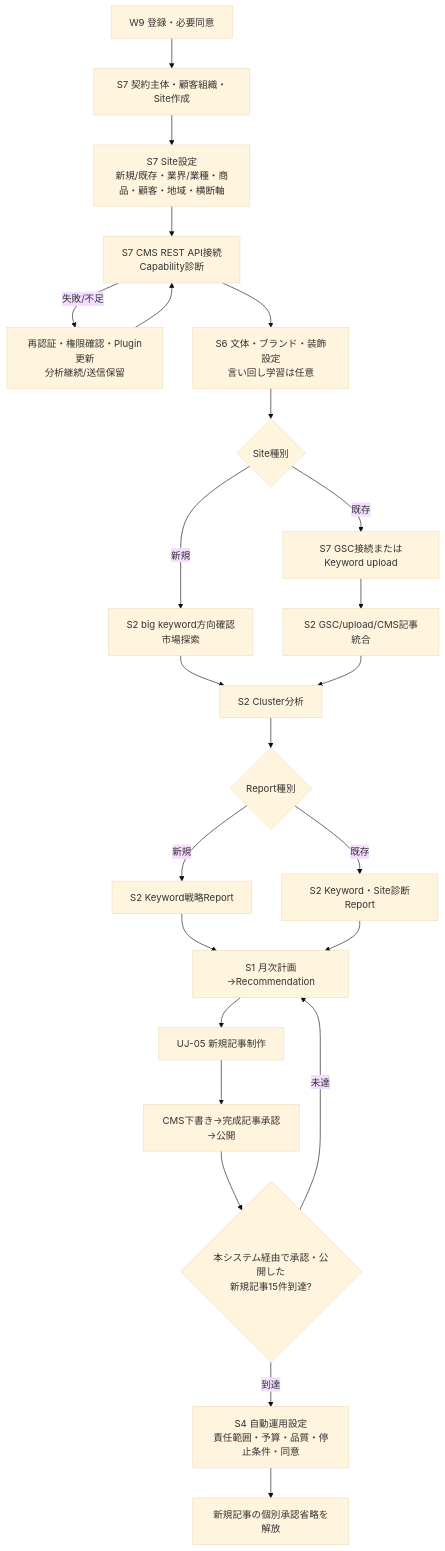
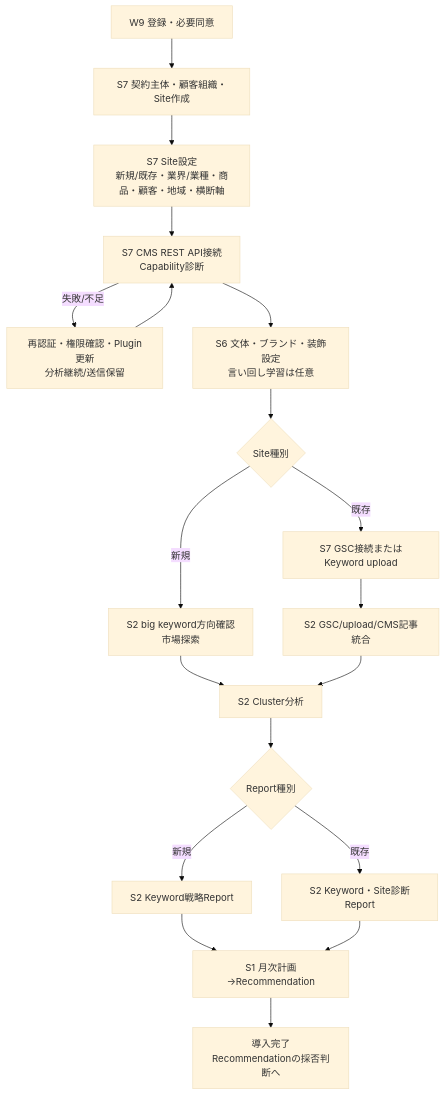
Diagram 11 of 13 in docs/design/ai-office-de-seo/L3-ui-prototype/ai-office-de-seo-screen-flow_v3.7.md (unison-ai-product/AI-Office-de-SEO), drawn with Mermaid (base theme) before and after one commit. The commit also changed other lines of this file and 11 other files, not shown here.

````diff
--- a/docs/design/ai-office-de-seo/L3-ui-prototype/ai-office-de-seo-screen-flow_v3.7.md
+++ b/docs/design/ai-office-de-seo/L3-ui-prototype/ai-office-de-seo-screen-flow_v3.7.md
@@ -228,25 +228,20 @@
 ```mermaid
 flowchart TD
   A[W9 登録・必要同意] --> B[S7 契約主体・顧客組織・Site作成]
   B --> C[S7 Site設定<br/>新規/既存・業界/業種・商品・顧客・地域・横断軸]
   C --> D[S7 CMS REST API接続<br/>Capability診断]
   D -->|失敗/不足| D2[再認証・権限確認・Plugin更新<br/>分析継続/送信保留] --> D
   D --> E[S6 文体・ブランド・装飾設定<br/>言い回し学習は任意]
   E --> F{Site種別}
   F -->|新規| G[S2 big keyword方向確認<br/>市場探索]
   F -->|既存| H[S7 GSC接続またはKeyword upload]
   H --> I[S2 GSC/upload/CMS記事統合]
   G --> J[S2 Cluster分析]
   I --> J
   J --> K{Report種別}
   K -->|新規| L[S2 Keyword戦略Report]
   K -->|既存| M[S2 Keyword・Site診断Report]
   L --> N[S1 月次計画→Recommendation]
   M --> N
-  N --> O[UJ-05 新規記事制作]
-  O --> P[CMS下書き→完成記事承認→公開]
-  P --> Q{本システム経由で承認・公開した<br/>新規記事15件到達?}
-  Q -->|未達| N
-  Q -->|到達| R[S4 自動運用設定<br/>責任範囲・予算・品質・停止条件・同意]
-  R --> S[新規記事の個別承認省略を解放]
+  N --> END[導入完了<br/>Recommendationの採否判断へ]
 ```
````
